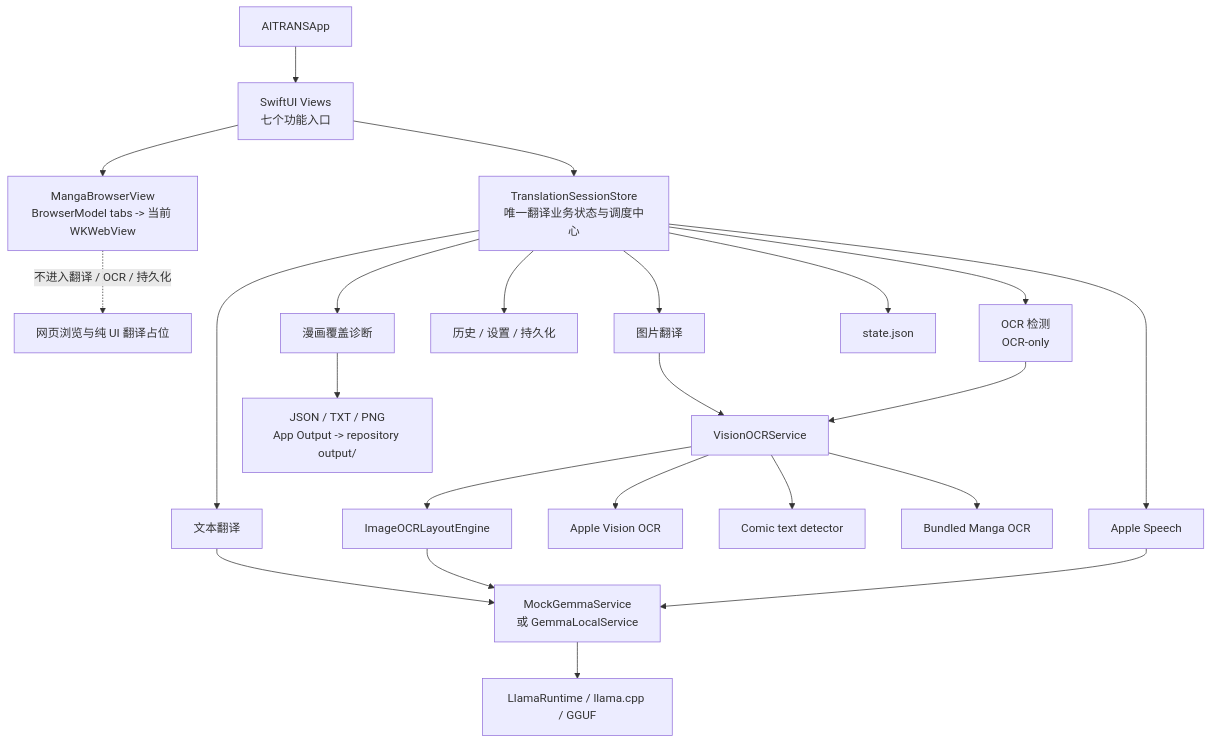
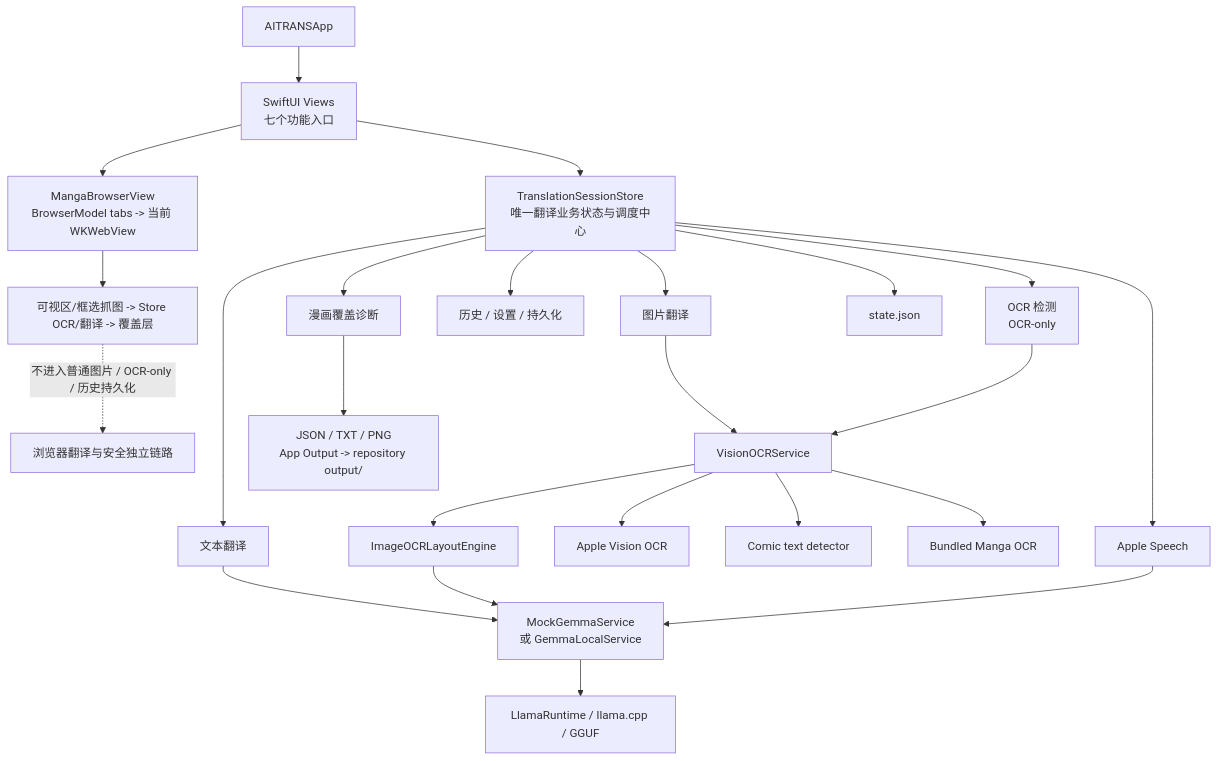
The third of 7 diagrams in md/flow/flowchart.md (bengzhu/project1_lgbt_naxida), drawn with Mermaid before and after one commit. The commit also changed other lines of this file and 22 other files, not shown here.

Commit message:
feat(browser): ship guarded translation [browser-only]

````diff
--- a/md/flow/flowchart.md
+++ b/md/flow/flowchart.md
@@ -215,28 +217,29 @@
 ```mermaid
 flowchart TD
   APP["AITRANSApp"] --> UI["SwiftUI Views\n七个功能入口"]
   UI --> STORE["TranslationSessionStore\n唯一翻译业务状态与调度中心"]
   UI --> BROWSER2["MangaBrowserView\nBrowserModel tabs -> 当前 WKWebView"]
-  BROWSER2 -. "不进入翻译 / OCR / 持久化" .-> END_BROWSER["网页浏览与纯 UI 翻译占位"]
+  BROWSER2 --> BCAP2["可视区/框选抓图 -> Store OCR/翻译 -> 覆盖层"]
+  BCAP2 -. "不进入普通图片 / OCR-only / 历史持久化" .-> END_BROWSER["浏览器翻译与安全独立链路"]
 
   STORE --> TEXT["文本翻译"]
   STORE --> IMAGE["图片翻译"]
   STORE --> OCR["OCR 检测\nOCR-only"]
   STORE --> SPEECH["Apple Speech"]
   STORE --> HISTORY["历史 / 设置 / 持久化"]
   STORE --> PROBE["漫画覆盖诊断"]
 
   TEXT --> MODEL["MockGemmaService\n或 GemmaLocalService"]
   IMAGE --> VISION["VisionOCRService"]
   OCR --> VISION
   VISION --> APPLE["Apple Vision OCR"]
   VISION --> DETECTOR["Comic text detector"]
   VISION --> MANGA["Bundled Manga OCR"]
   VISION --> LAYOUT["ImageOCRLayoutEngine"]
   LAYOUT --> MODEL
   SPEECH --> MODEL
   MODEL --> LLAMA["LlamaRuntime / llama.cpp / GGUF"]
 
   STORE --> STATE["state.json"]
   PROBE --> OUTPUT["JSON / TXT / PNG\nApp Output -> repository output/"]
 ```
````
